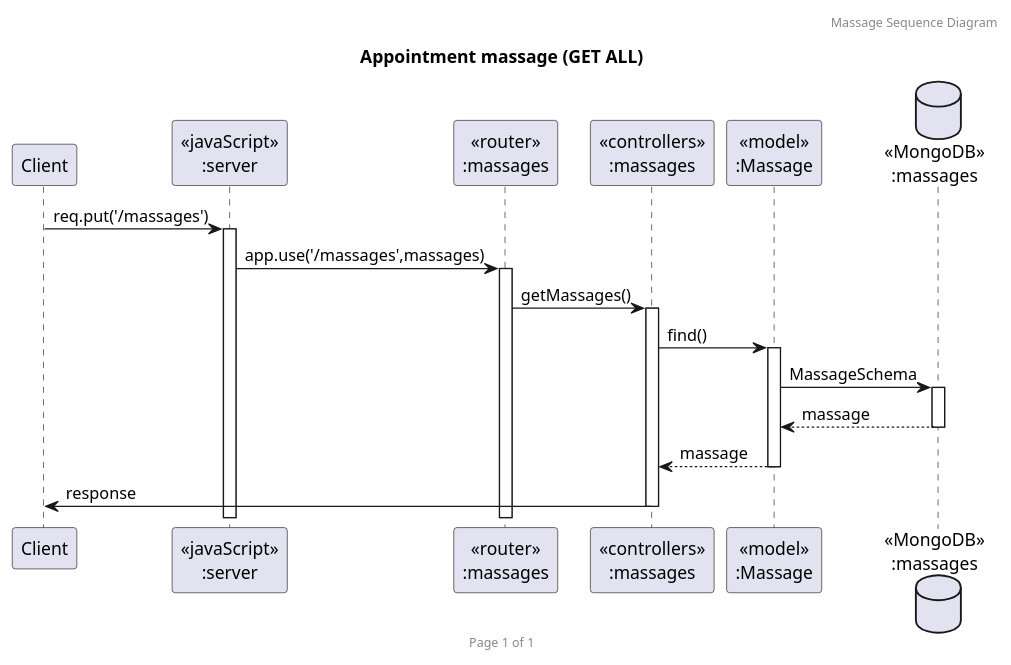
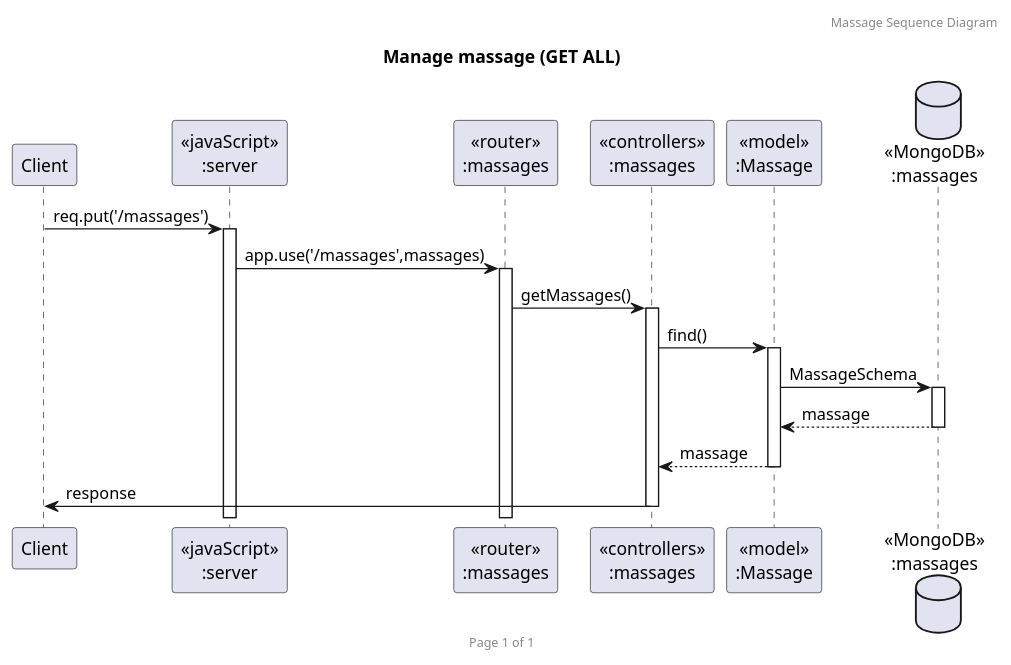
The diagram in PlantUml/getall.puml (2110503TACEDT66/presentation-day-1-samsaomidnight), drawn with PlantUML before and after one commit. The commit also changed 4 other files, not shown here.

Commit message:
Massage  UML already done ver1.0

```diff
--- a/PlantUml/getall.puml
+++ b/PlantUml/getall.puml
@@ -2,23 +2,23 @@
-@startuml Appointment massage (GET ALL)
+@startuml Manage massage (GET ALL)
 
 header Massage Sequence Diagram
 footer Page %page% of %lastpage%
-title "Appointment massage (GET ALL)"
+title "Manage massage (GET ALL)"
 
 participant "Client" as client
 participant "<<javaScript>>\n:server" as server
 participant "<<router>>\n:massages" as routerMassages
 participant "<<controllers>>\n:massages" as controllersMassages
 participant "<<model>>\n:Massage" as modelMassage
 database "<<MongoDB>>\n:massages" as MassagesDatabase
 
 client->server ++:req.put('/massages')
 server->routerMassages ++:app.use('/massages',massages)
 routerMassages -> controllersMassages ++:getMassages()
 controllersMassages->modelMassage ++:find()
 modelMassage ->MassagesDatabase ++: MassageSchema
 MassagesDatabase --> modelMassage --: massage
 controllersMassages <-- modelMassage --:massage
 controllersMassages->client --:response
 
 @enduml
```
